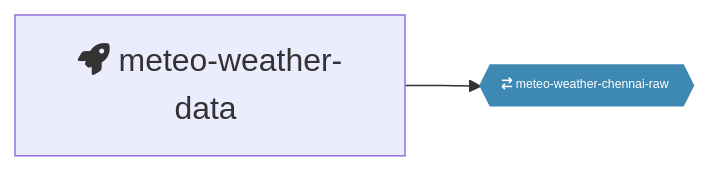
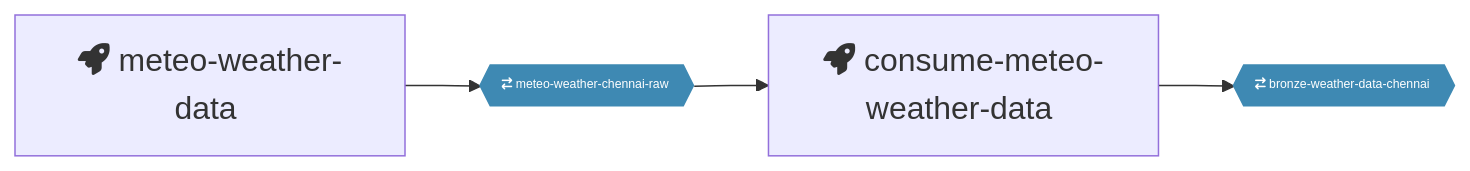
The diagram in pipeline.md (sridharstreaks/quix-weather-demo), drawn with Mermaid before and after one commit. The commit also changed 8 other files, not shown here.

````diff
--- a/pipeline.md
+++ b/pipeline.md
@@ -1,12 +1,14 @@
 ```mermaid
 %%{ init: { 'flowchart': { 'curve': 'monotoneX' } } }%%
 graph LR;
 meteo-weather-data[fa:fa-rocket meteo-weather-data &#8205] --> meteo-weather-chennai-raw{{ fa:fa-arrow-right-arrow-left meteo-weather-chennai-raw &#8205}}:::topic;
+meteo-weather-chennai-raw{{ fa:fa-arrow-right-arrow-left meteo-weather-chennai-raw &#8205}}:::topic --> consume-meteo-weather-data[fa:fa-rocket consume-meteo-weather-data &#8205];
+consume-meteo-weather-data[fa:fa-rocket consume-meteo-weather-data &#8205] --> bronze-weather-data-chennai{{ fa:fa-arrow-right-arrow-left bronze-weather-data-chennai &#8205}}:::topic;
 
 
 classDef default font-size:110%;
 classDef topic font-size:80%;
 classDef topic fill:#3E89B3;
 classDef topic stroke:#3E89B3;
 classDef topic color:white;
 ```
````
